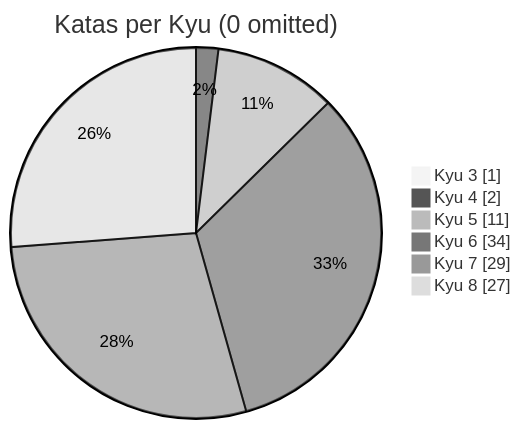
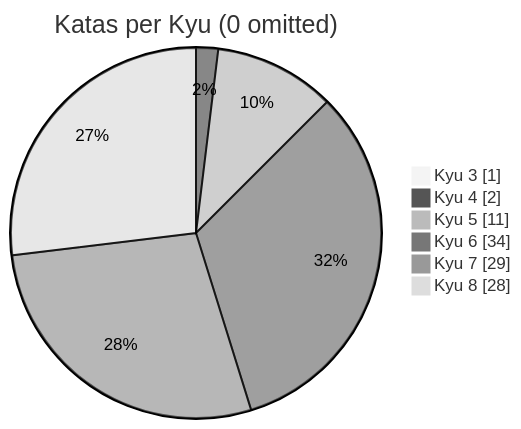
Before and after one commit to MauricioLudwig/codewars-typescript: the diagram in README.md, drawn with Mermaid (neutral theme). The commit also changed other lines of this file, not shown here.

````diff
--- a/README.md
+++ b/README.md
@@ -21,10 +21,10 @@
 ```mermaid
 pie showData
     title Katas per Kyu (0 omitted)
 	"Kyu 3": 1
 	"Kyu 4": 2
 	"Kyu 5": 11
 	"Kyu 6": 34
 	"Kyu 7": 29
-	"Kyu 8": 27
+	"Kyu 8": 28
 ```
````
